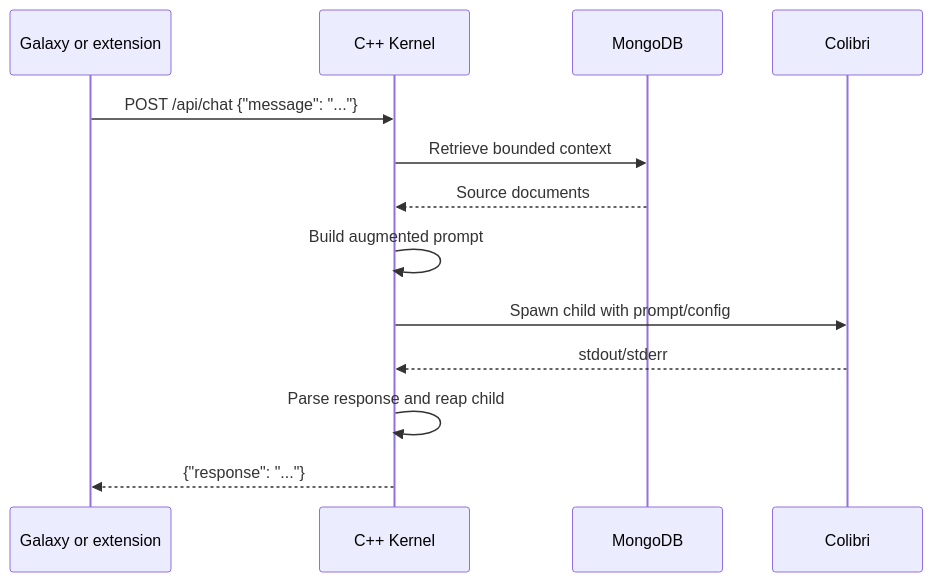
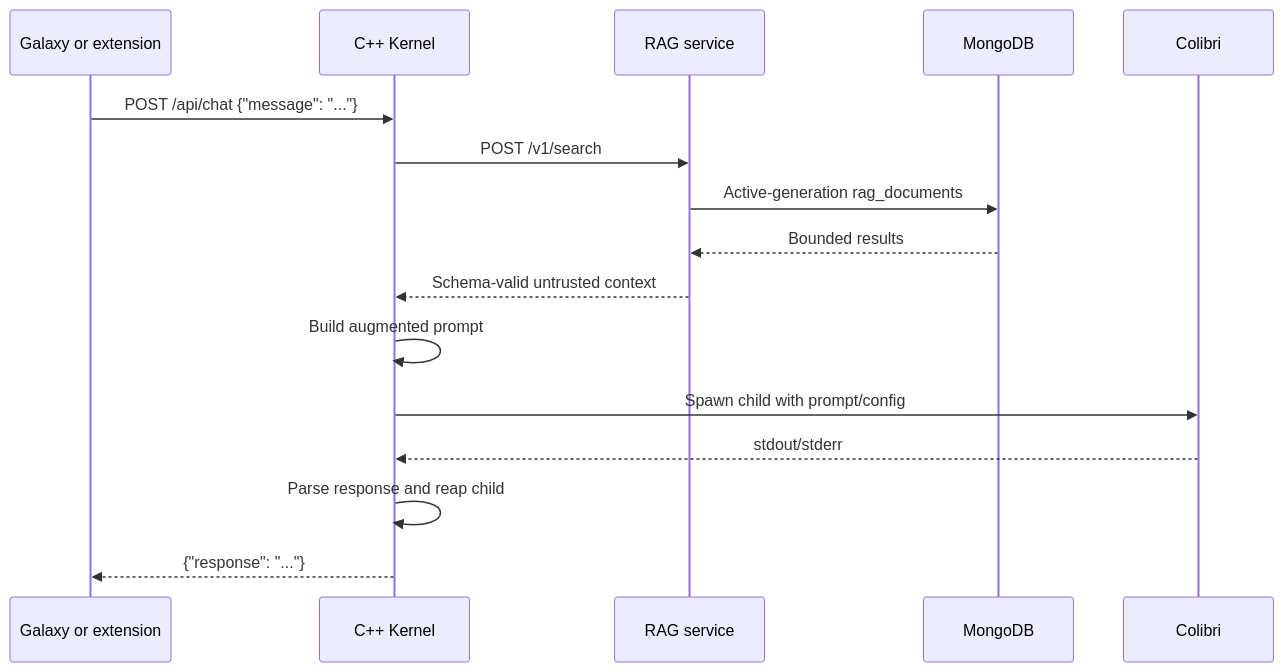
The second of 4 diagrams in ARCHITECTURE.md (usrname1git/GodBrain), drawn with Mermaid before and after one commit. The commit also changed other lines of this file and 15 other files, not shown here.

First line of the commit message:
Serve Galaxy graph from Golden Record rag_documents

````diff
--- a/ARCHITECTURE.md
+++ b/ARCHITECTURE.md
@@ -192,16 +205,19 @@
 ```mermaid
 sequenceDiagram
     participant U as Galaxy or extension
     participant K as C++ Kernel
+    participant R as RAG service
     participant M as MongoDB
     participant C as Colibri
 
     U->>K: POST /api/chat {"message": "..."}
-    K->>M: Retrieve bounded context
-    M-->>K: Source documents
+    K->>R: POST /v1/search
+    R->>M: Active-generation rag_documents
+    M-->>R: Bounded results
+    R-->>K: Schema-valid untrusted context
     K->>K: Build augmented prompt
     K->>C: Spawn child with prompt/config
     C-->>K: stdout/stderr
     K->>K: Parse response and reap child
     K-->>U: {"response": "..."}
 ```
````
